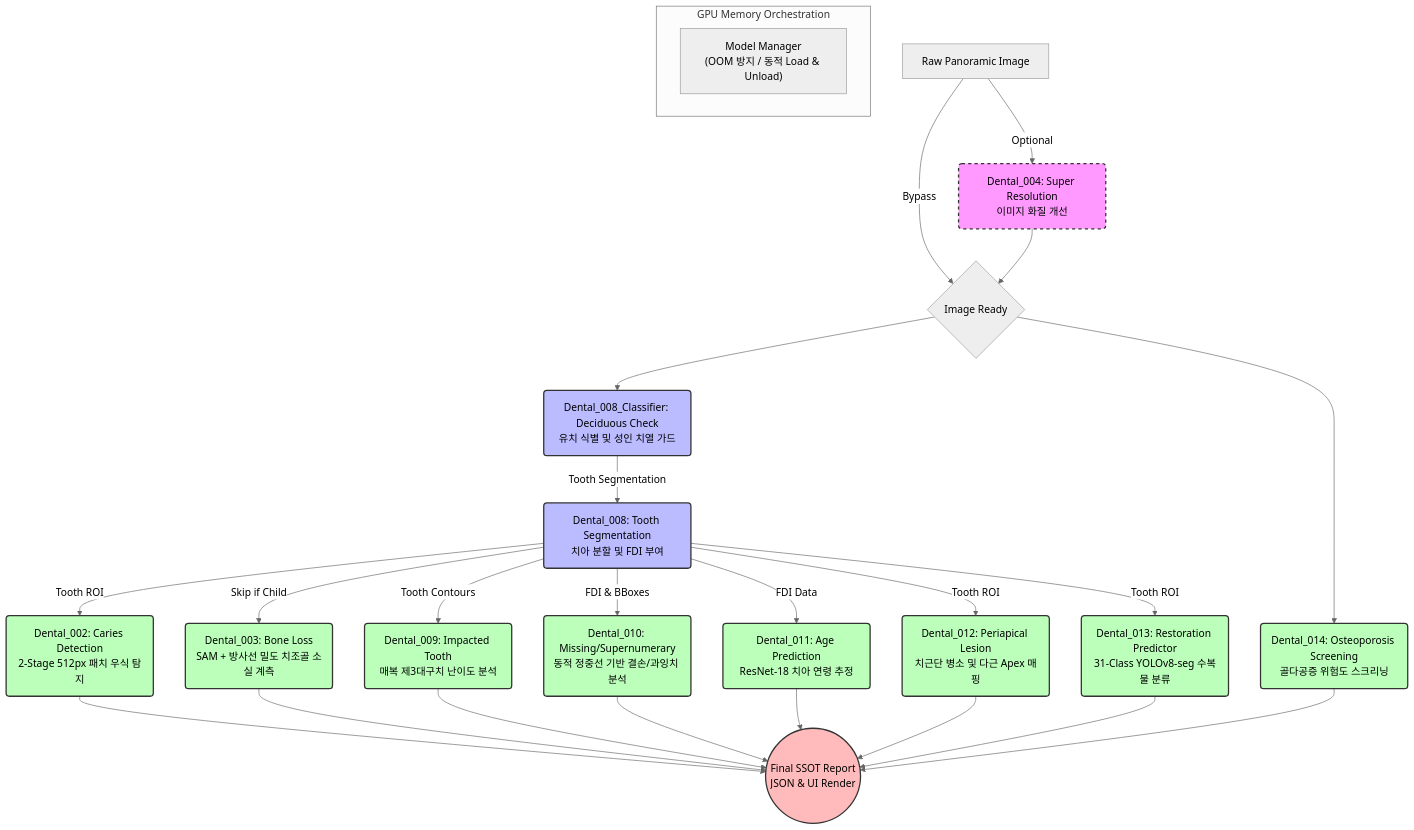
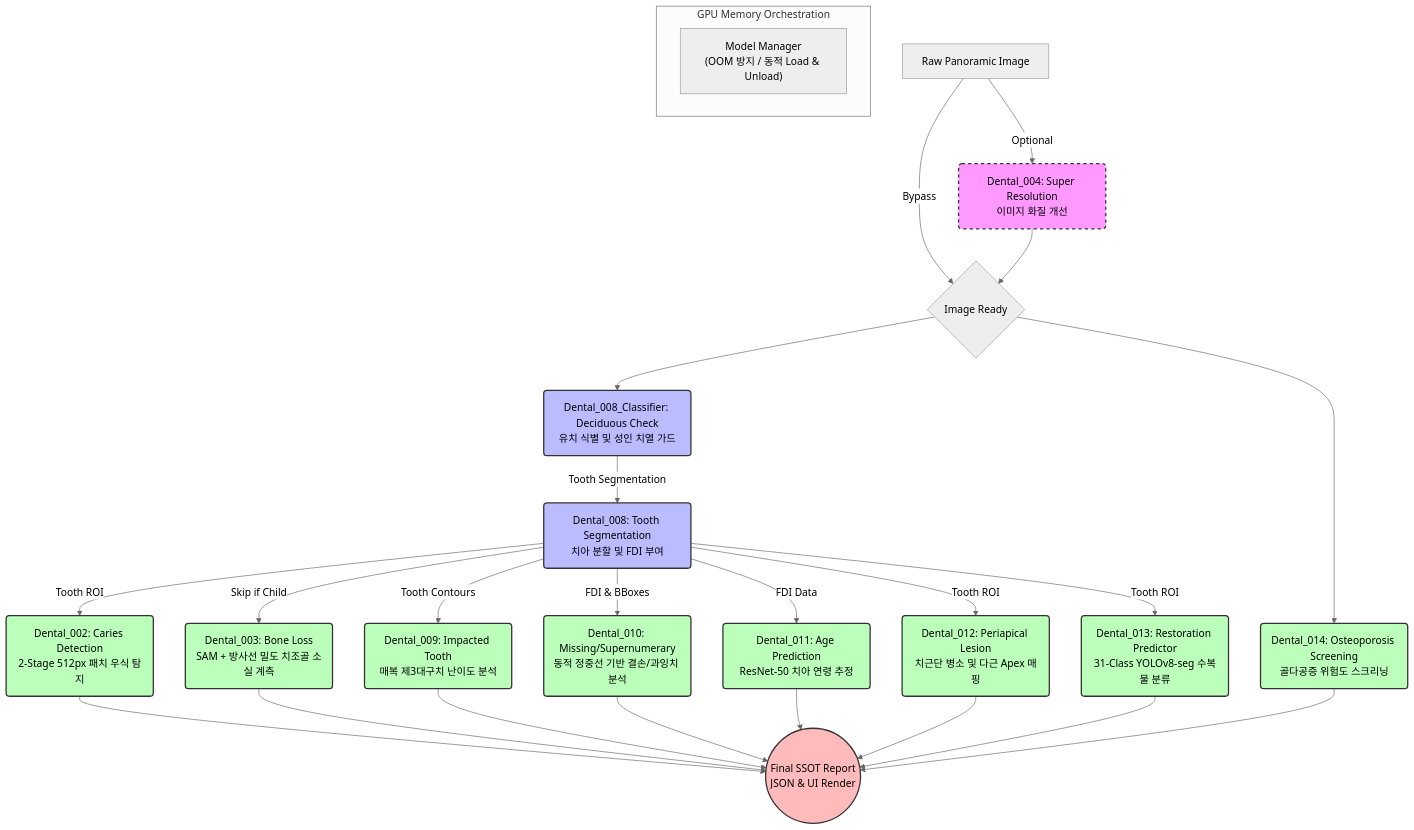
One commit to HyunchanAn/Dental_Panoramic_Reader changed the diagram in README.md. Above: the diagram before and after it, drawn with Mermaid (neutral theme). The commit also changed other lines of this file and 8 other files, not shown here.

````diff
--- a/README.md
+++ b/README.md
@@ -24,41 +24,41 @@
 ```mermaid
 graph TD
     Input["Raw Panoramic Image"] --> |Optional| SR("Dental_004: Super Resolution<br/>이미지 화질 개선")
     Input --> |Bypass| MainFlow
     SR --> MainFlow{"Image Ready"}
 
     MainFlow --> D8_Class("Dental_008_Classifier: Deciduous Check<br/>유치 식별 및 성인 치열 가드")
     MainFlow --> D14("Dental_014: Osteoporosis Screening<br/>골다공증 위험도 스크리닝")
     D8_Class --> |"Tooth Segmentation"| D8_Seg("Dental_008: Tooth Segmentation<br/>치아 분할 및 FDI 부여")
 
     D8_Seg --> |"Tooth ROI"| D2("Dental_002: Caries Detection<br/>2-Stage 512px 패치 우식 탐지")
     D8_Seg --> |"Tooth ROI"| D12("Dental_012: Periapical Lesion<br/>치근단 병소 및 다근 Apex 매핑")
     D8_Seg --> |"Tooth ROI"| D13("Dental_013: Restoration Predictor<br/>31-Class YOLOv8-seg 수복물 분류")
     D8_Seg --> |"Tooth Contours"| D9("Dental_009: Impacted Tooth<br/>매복 제3대구치 난이도 분석")
     D8_Seg --> |"FDI & BBoxes"| D10("Dental_010: Missing/Supernumerary<br/>동적 정중선 기반 결손/과잉치 분석")
-    D8_Seg --> |"FDI Data"| D11("Dental_011: Age Prediction<br/>ResNet-18 치아 연령 추정")
+    D8_Seg --> |"FDI Data"| D11("Dental_011: Age Prediction<br/>ResNet-50 치아 연령 추정")
     D8_Seg --> |"Skip if Child"| D3("Dental_003: Bone Loss<br/>SAM + 방사선 밀도 치조골 소실 계측")
 
     D2 --> OutputReport(("Final SSOT Report<br/>JSON & UI Render"))
     D3 --> OutputReport
     D9 --> OutputReport
     D10 --> OutputReport
     D11 --> OutputReport
     D12 --> OutputReport
     D13 --> OutputReport
     D14 --> OutputReport
 
     subgraph "GPU Memory Orchestration"
         MM["Model Manager<br/>(OOM 방지 / 동적 Load & Unload)"]
     end
 
     classDef optional fill:#f9f,stroke:#333,stroke-width:2px,stroke-dasharray: 5 5,color:#000;
     classDef core fill:#bbf,stroke:#333,stroke-width:2px,color:#000;
     classDef analysis fill:#bfb,stroke:#333,stroke-width:2px,color:#000;
     classDef output fill:#fbb,stroke:#333,stroke-width:2px,color:#000;
 
     class SR optional;
     class D8_Class,D8_Seg core;
     class D2,D3,D9,D10,D11,D12,D13,D14 analysis;
     class OutputReport output;
 ```
````
